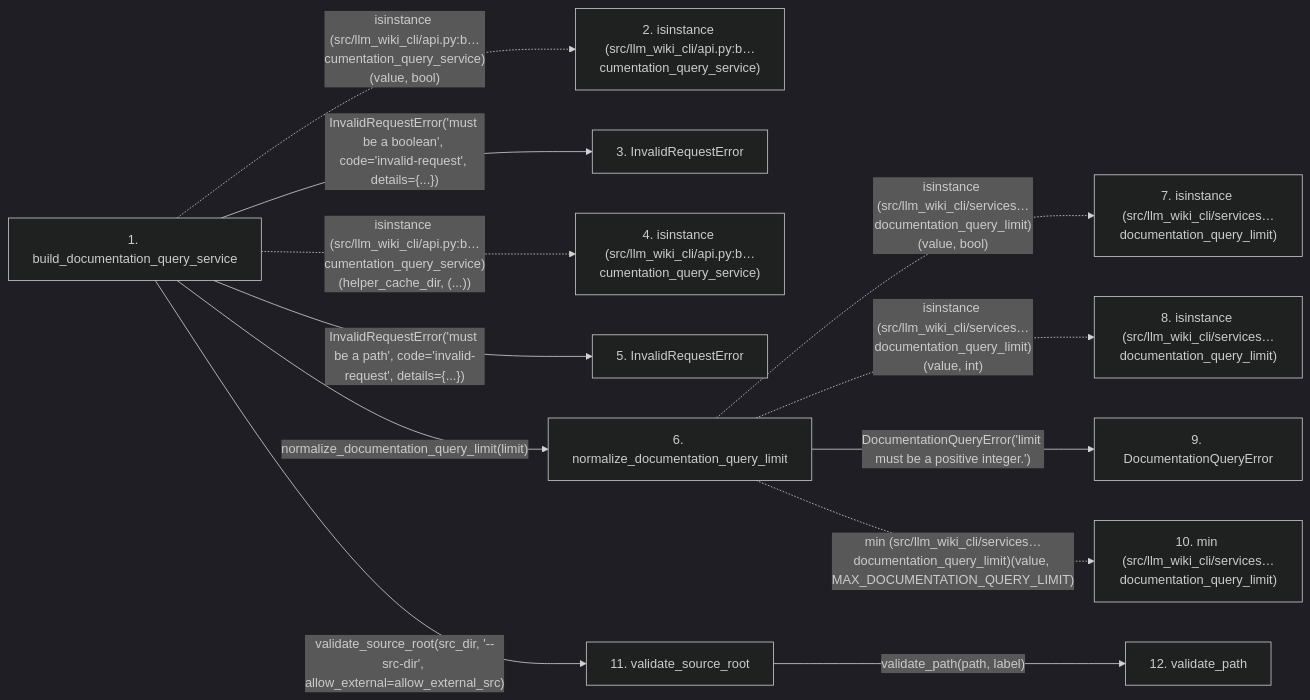
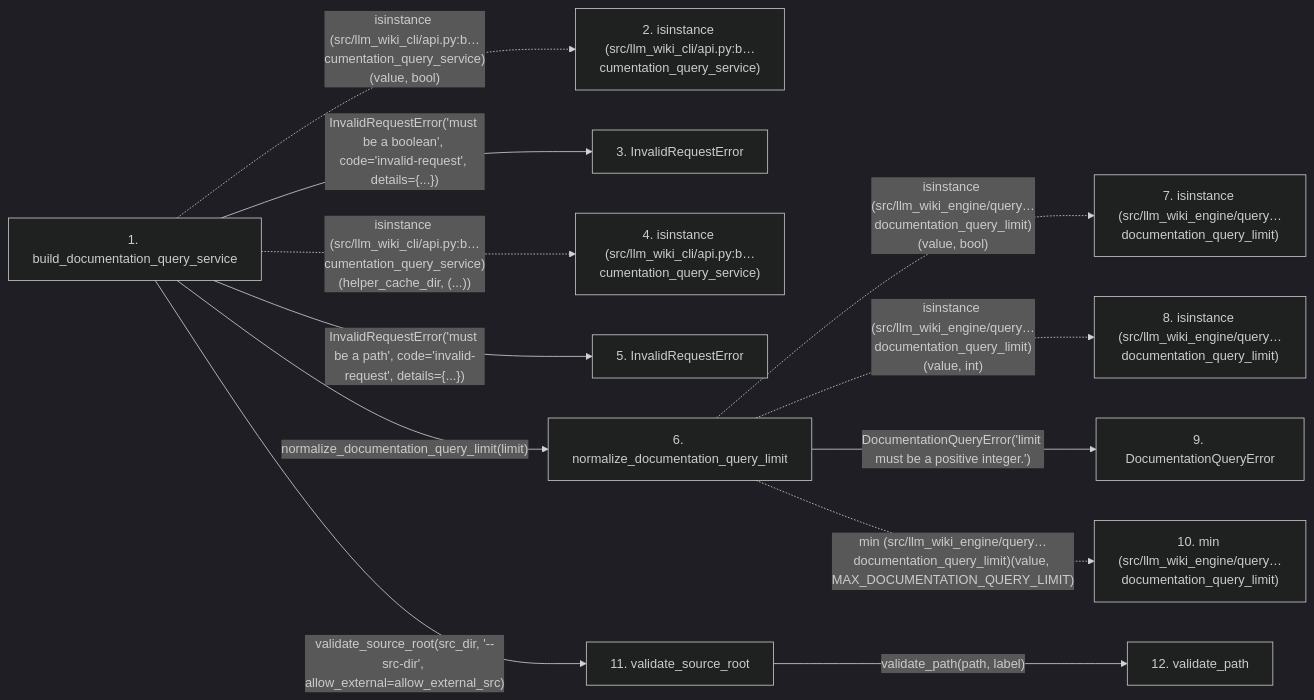
The second of 2 diagrams in docs/llm_wiki/flows/api-build_documentation_query_service.md (Denissvgn/python-wiki-llm), drawn with Mermaid (dark theme) before and after one commit. The commit also changed other lines of this file and 648 other files, not shown here.

Commit message:
docs: refresh the wiki for the engine task contract and search

````diff
--- a/docs/llm_wiki/flows/api-build_documentation_query_service.md
+++ b/docs/llm_wiki/flows/api-build_documentation_query_service.md
@@ -163,33 +163,33 @@
 ```mermaid
 flowchart LR
     s1["1. build_documentation_query_service"]
     s2["2. isinstance (src/llm_wiki_cli/api.py:b…cumentation_query_service)"]
     s3["3. InvalidRequestError"]
     s4["4. isinstance (src/llm_wiki_cli/api.py:b…cumentation_query_service)"]
     s5["5. InvalidRequestError"]
     s6["6. normalize_documentation_query_limit"]
-    s7["7. isinstance (src/llm_wiki_cli/services…documentation_query_limit)"]
-    s8["8. isinstance (src/llm_wiki_cli/services…documentation_query_limit)"]
+    s7["7. isinstance (src/llm_wiki_engine/query…documentation_query_limit)"]
+    s8["8. isinstance (src/llm_wiki_engine/query…documentation_query_limit)"]
     s9["9. DocumentationQueryError"]
-    s10["10. min (src/llm_wiki_cli/services…documentation_query_limit)"]
+    s10["10. min (src/llm_wiki_engine/query…documentation_query_limit)"]
     s11["11. validate_source_root"]
     s12["12. validate_path"]
     s1 -. "isinstance (src/llm_wiki_cli/api.py:b…cumentation_query_service)(value, bool)" .-> s2
     s1 -->|"InvalidRequestError('must be a boolean', code='invalid-request', details={...})"| s3
     s1 -. "isinstance (src/llm_wiki_cli/api.py:b…cumentation_query_service)(helper_cache_dir, (...))" .-> s4
     s1 -->|"InvalidRequestError('must be a path', code='invalid-request', details={...})"| s5
     s1 -->|"normalize_documentation_query_limit(limit)"| s6
-    s6 -. "isinstance (src/llm_wiki_cli/services…documentation_query_limit)(value, bool)" .-> s7
-    s6 -. "isinstance (src/llm_wiki_cli/services…documentation_query_limit)(value, int)" .-> s8
+    s6 -. "isinstance (src/llm_wiki_engine/query…documentation_query_limit)(value, bool)" .-> s7
+    s6 -. "isinstance (src/llm_wiki_engine/query…documentation_query_limit)(value, int)" .-> s8
     s6 -->|"DocumentationQueryError('limit must be a positive integer.')"| s9
-    s6 -. "min (src/llm_wiki_cli/services…documentation_query_limit)(value, MAX_DOCUMENTATION_QUERY_LIMIT)" .-> s10
+    s6 -. "min (src/llm_wiki_engine/query…documentation_query_limit)(value, MAX_DOCUMENTATION_QUERY_LIMIT)" .-> s10
     s1 -->|"validate_source_root(src_dir, '--src-dir', allow_external=allow_external_src)"| s11
     s11 -->|"validate_path(path, label)"| s12
     click s1 "../modules/api.md"
     click s3 "../modules/api.md"
     click s5 "../modules/api.md"
-    click s6 "../modules/documentation_query_builder.md"
-    click s9 "../modules/documentation_queries.md"
+    click s6 "../modules/query_request_format.md"
+    click s9 "../modules/query_request_format.md"
     click s11 "../modules/path_policy.md"
     click s12 "../modules/path_policy.md"
 ```
````
